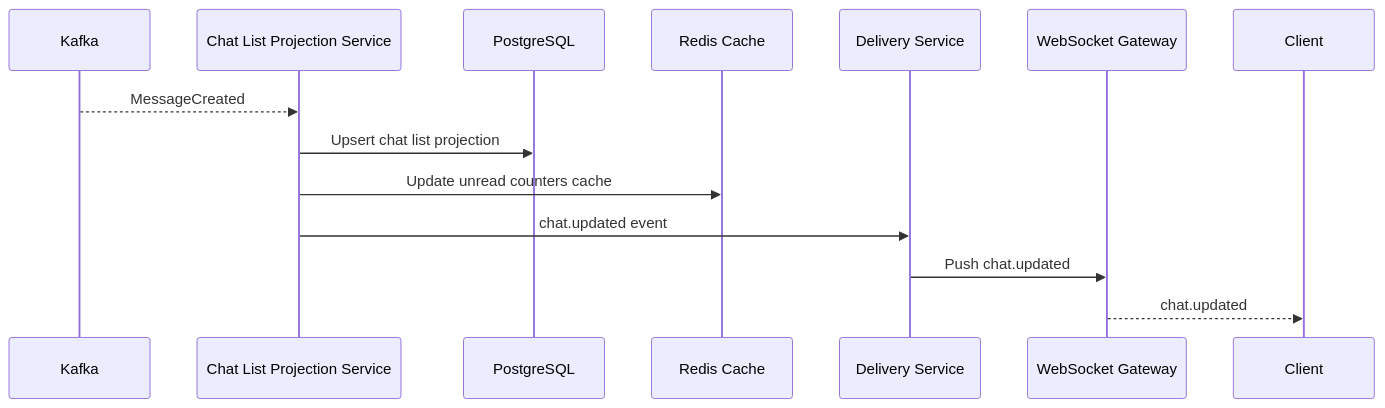
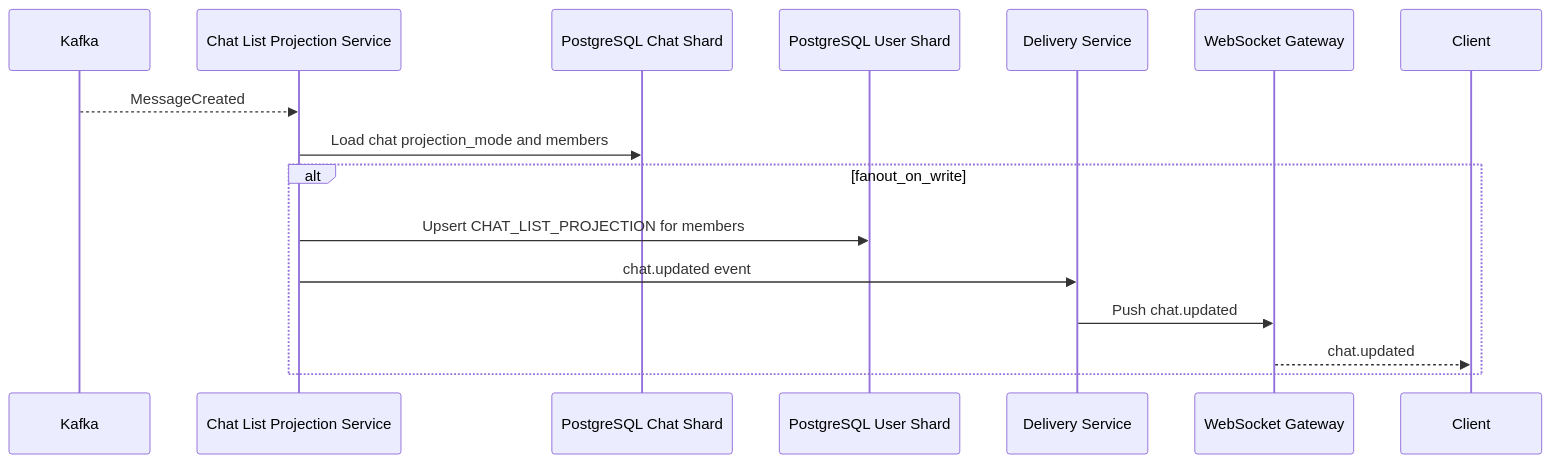
Before and after one commit to jerempir/Technical-Solution-for-a-Messenger-System: the sixth of 10 diagrams in technical_solution_messenger.md, drawn with Mermaid. The commit also changed other lines of this file, not shown here.

````diff
--- a/technical_solution_messenger.md
+++ b/technical_solution_messenger.md
@@ -1023,17 +1232,20 @@
 ```mermaid
 sequenceDiagram
     participant Kafka
     participant Projection as Chat List Projection Service
-    participant Postgres as PostgreSQL
-    participant Redis as Redis Cache
+    participant PostgresChat as PostgreSQL Chat Shard
+    participant PostgresUser as PostgreSQL User Shard
     participant Delivery as Delivery Service
     participant WSGW as WebSocket Gateway
     participant Client
 
     Kafka-->>Projection: MessageCreated
-    Projection->>Postgres: Upsert chat list projection
-    Projection->>Redis: Update unread counters cache
-    Projection->>Delivery: chat.updated event
-    Delivery->>WSGW: Push chat.updated
-    WSGW-->>Client: chat.updated
+    Projection->>PostgresChat: Load chat projection_mode and members
+
+    alt fanout_on_write
+        Projection->>PostgresUser: Upsert CHAT_LIST_PROJECTION for members
+        Projection->>Delivery: chat.updated event
+        Delivery->>WSGW: Push chat.updated
+        WSGW-->>Client: chat.updated
+    end
 ```
````
